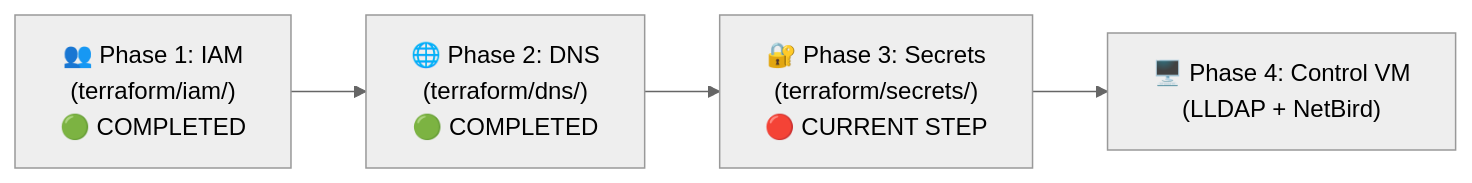
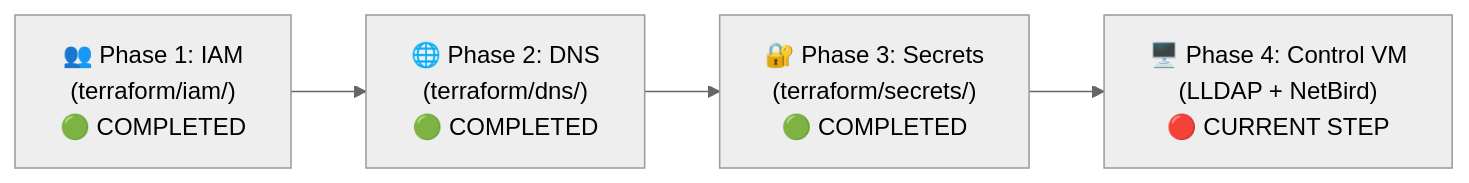
One commit to AIT-brainlab/brainlab-base changed the diagram in mgmt/checklist.md. Above: the diagram before and after it, drawn with Mermaid (neutral theme). The commit also changed other lines of this file and 10 other files, not shown here.

Commit message:
Refactor documentation and scripts: Update README files for clarity, enhance checklist with phase statuses, and add automated secrets health check script.

````diff
--- a/mgmt/checklist.md
+++ b/mgmt/checklist.md
@@ -19,4 +19,4 @@
 ```mermaid
 flowchart LR
-    Step1["👥 Phase 1: IAM<br/>(terraform/iam/)<br/>🟢 COMPLETED"] --> Step2["🌐 Phase 2: DNS<br/>(terraform/dns/)<br/>🟢 COMPLETED"] --> Step3["🔐 Phase 3: Secrets<br/>(terraform/secrets/)<br/>🔴 CURRENT STEP"] --> Step4["🖥️ Phase 4: Control VM<br/>(LLDAP + NetBird)"]
+    Step1["👥 Phase 1: IAM<br/>(terraform/iam/)<br/>🟢 COMPLETED"] --> Step2["🌐 Phase 2: DNS<br/>(terraform/dns/)<br/>🟢 COMPLETED"] --> Step3["🔐 Phase 3: Secrets<br/>(terraform/secrets/)<br/>🟢 COMPLETED"] --> Step4["🖥️ Phase 4: Control VM<br/>(LLDAP + NetBird)<br/>🔴 CURRENT STEP"]
 ```
````
